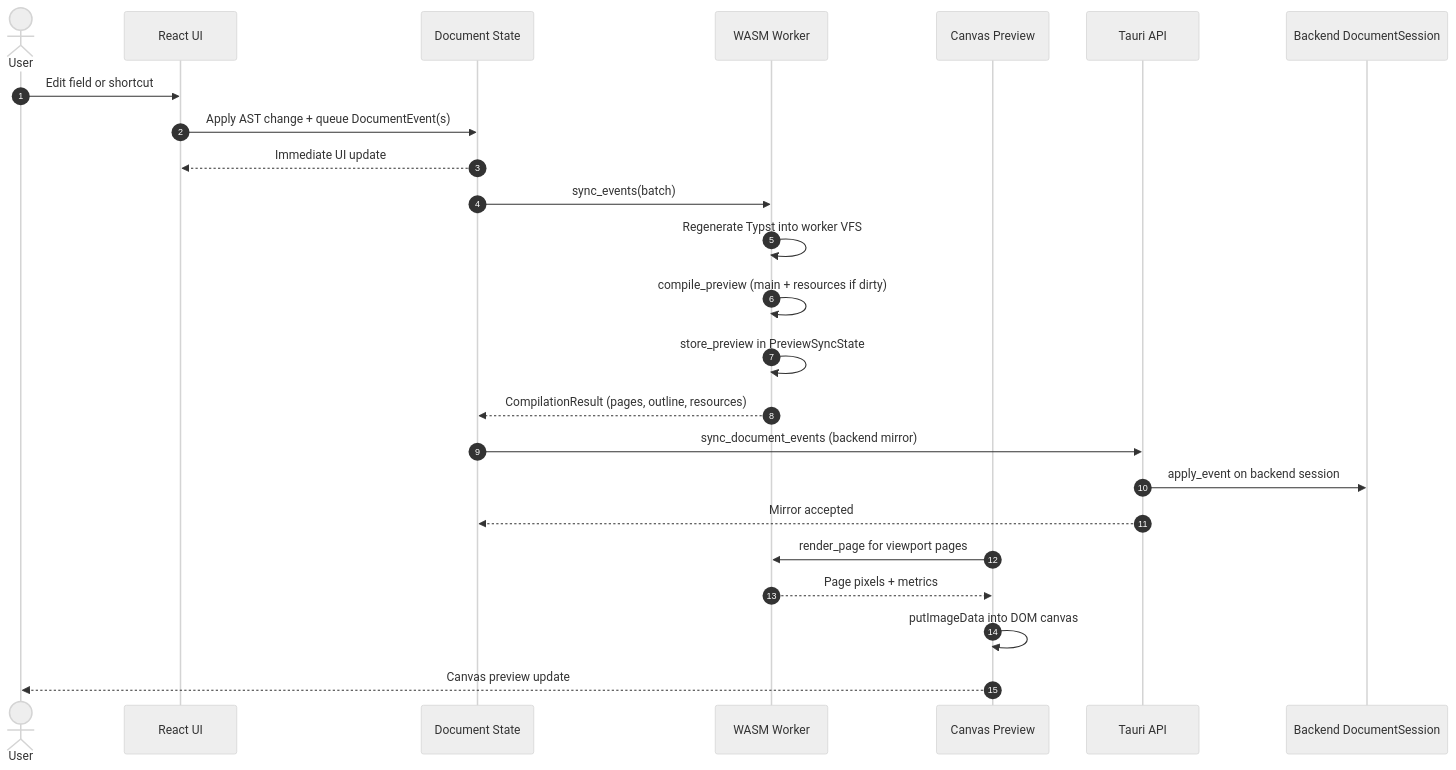
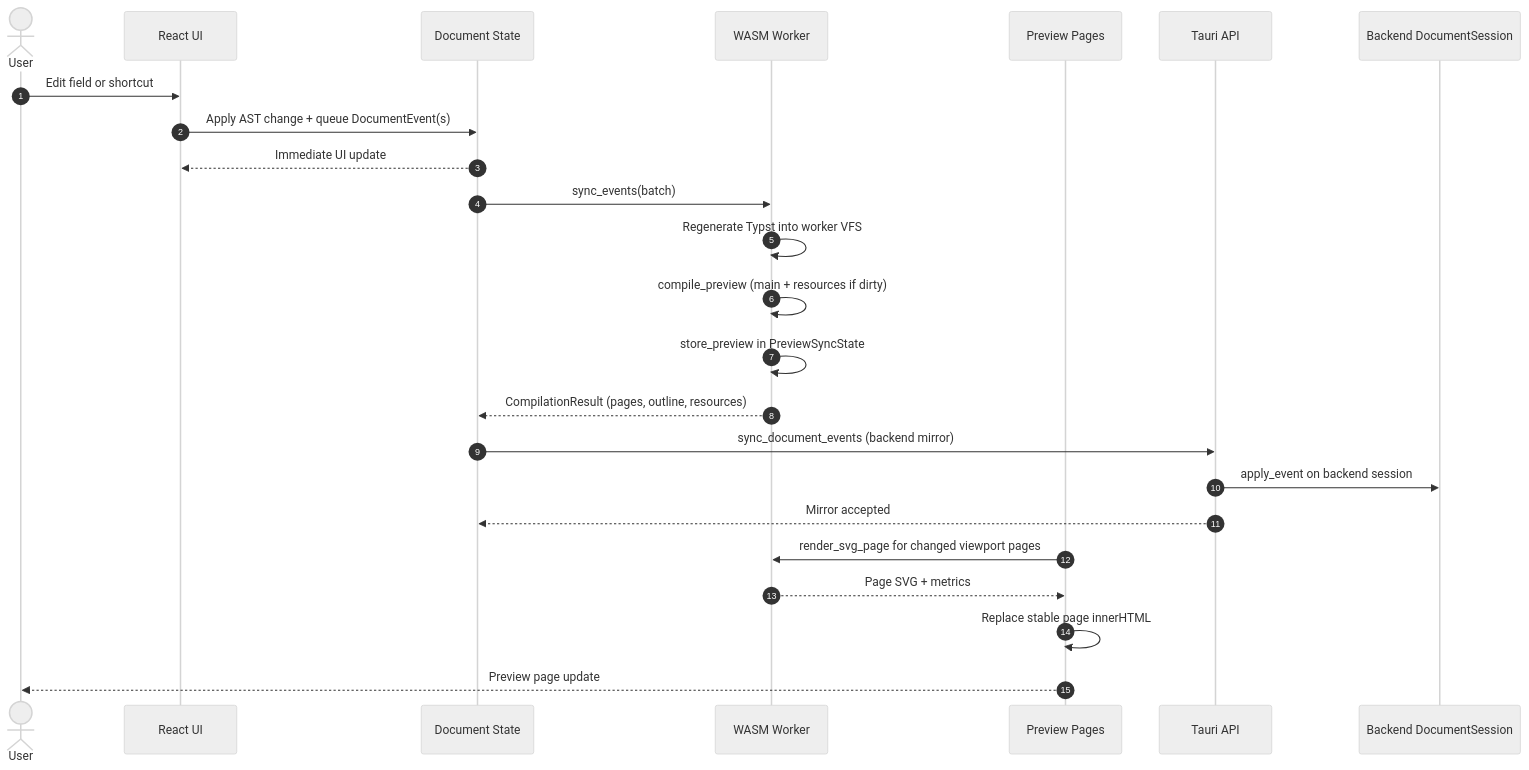
One commit to andmoreduro/ergo changed the first of 9 diagrams in context/sequence-diagrams.md. Above: the diagram before and after it, drawn with Mermaid (neutral theme). The commit also changed other lines of this file and 115 other files, not shown here.

````diff
--- a/context/sequence-diagrams.md
+++ b/context/sequence-diagrams.md
@@ -7,29 +7,29 @@
 ```mermaid
 sequenceDiagram
     autonumber
 
     actor User
     participant UI as React UI
     participant State as Document State
     participant Worker as WASM Worker
-    participant Preview as Canvas Preview
+    participant Preview as Preview Pages
     participant API as Tauri API
     participant Session as Backend DocumentSession
 
     User->>UI: Edit field or shortcut
     UI->>State: Apply AST change + queue DocumentEvent(s)
     State-->>UI: Immediate UI update
 
     State->>Worker: sync_events(batch)
     Worker->>Worker: Regenerate Typst into worker VFS
     Worker->>Worker: compile_preview (main + resources if dirty)
     Worker->>Worker: store_preview in PreviewSyncState
     Worker-->>State: CompilationResult (pages, outline, resources)
     State->>API: sync_document_events (backend mirror)
     API->>Session: apply_event on backend session
     API-->>State: Mirror accepted
-    Preview->>Worker: render_page for viewport pages
-    Worker-->>Preview: Page pixels + metrics
-    Preview->>Preview: putImageData into DOM canvas
-    Preview-->>User: Canvas preview update
+    Preview->>Worker: render_svg_page for changed viewport pages
+    Worker-->>Preview: Page SVG + metrics
+    Preview->>Preview: Replace stable page innerHTML
+    Preview-->>User: Preview page update
 ```
````
